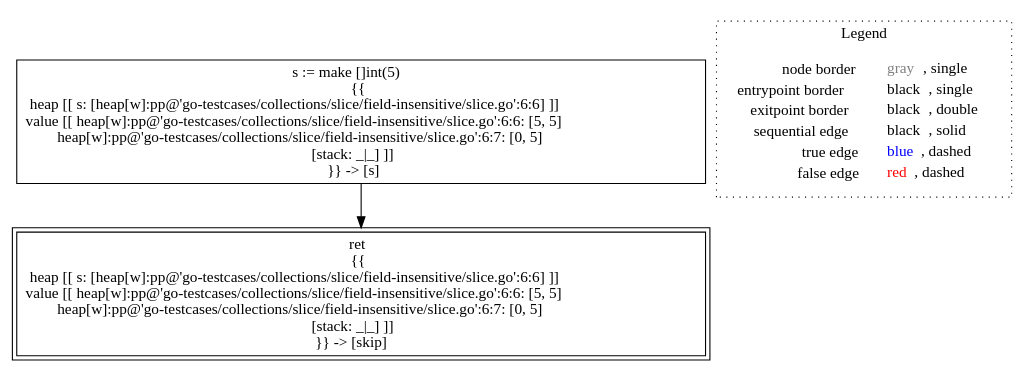
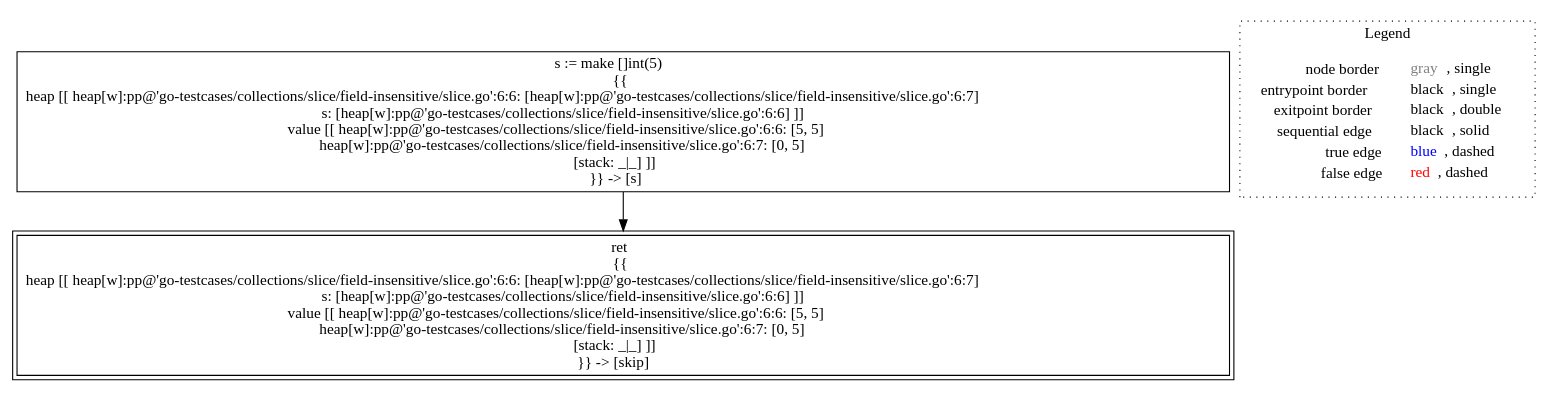
The diagram in go-lisa/go-testcases/collections/slice/field-insensitive/analysis___untyped_main.main().dot (lisa-analyzer/go-lisa), drawn with Graphviz before and after one commit. The commit also changed 35 other files, not shown here.

Commit message:
Fix bug in GoPointBasedHeap (types of the fresh allocation sites). Fix and refactor tests on heaps and collections

```diff
--- a/go-lisa/go-testcases/collections/slice/field-insensitive/analysis___untyped_main.main().dot
+++ b/go-lisa/go-testcases/collections/slice/field-insensitive/analysis___untyped_main.main().dot
@@ -1,12 +1,12 @@
 digraph {
-	"node0" [shape="rect",color="black",label=<s := make []int(5)<BR/>{{<BR/>heap [[ s: [heap[w]:pp@'go-testcases/collections/slice/field-insensitive/slice.go':6:6] ]]<BR/>value [[ heap[w]:pp@'go-testcases/collections/slice/field-insensitive/slice.go':6:6: [5, 5]<BR/>heap[w]:pp@'go-testcases/collections/slice/field-insensitive/slice.go':6:7: [0, 5]<BR/>[stack: _|_] ]]<BR/>}} -&gt; [s]>];
-	"node1" [shape="rect",color="black",peripheries="2",label=<ret<BR/>{{<BR/>heap [[ s: [heap[w]:pp@'go-testcases/collections/slice/field-insensitive/slice.go':6:6] ]]<BR/>value [[ heap[w]:pp@'go-testcases/collections/slice/field-insensitive/slice.go':6:6: [5, 5]<BR/>heap[w]:pp@'go-testcases/collections/slice/field-insensitive/slice.go':6:7: [0, 5]<BR/>[stack: _|_] ]]<BR/>}} -&gt; [skip]>];
+	"node0" [shape="rect",color="black",label=<s := make []int(5)<BR/>{{<BR/>heap [[ heap[w]:pp@'go-testcases/collections/slice/field-insensitive/slice.go':6:6: [heap[w]:pp@'go-testcases/collections/slice/field-insensitive/slice.go':6:7]<BR/>s: [heap[w]:pp@'go-testcases/collections/slice/field-insensitive/slice.go':6:6] ]]<BR/>value [[ heap[w]:pp@'go-testcases/collections/slice/field-insensitive/slice.go':6:6: [5, 5]<BR/>heap[w]:pp@'go-testcases/collections/slice/field-insensitive/slice.go':6:7: [0, 5]<BR/>[stack: _|_] ]]<BR/>}} -&gt; [s]>];
+	"node1" [shape="rect",color="black",peripheries="2",label=<ret<BR/>{{<BR/>heap [[ heap[w]:pp@'go-testcases/collections/slice/field-insensitive/slice.go':6:6: [heap[w]:pp@'go-testcases/collections/slice/field-insensitive/slice.go':6:7]<BR/>s: [heap[w]:pp@'go-testcases/collections/slice/field-insensitive/slice.go':6:6] ]]<BR/>value [[ heap[w]:pp@'go-testcases/collections/slice/field-insensitive/slice.go':6:6: [5, 5]<BR/>heap[w]:pp@'go-testcases/collections/slice/field-insensitive/slice.go':6:7: [0, 5]<BR/>[stack: _|_] ]]<BR/>}} -&gt; [skip]>];
 	"node0" -> "node1" [color="black"];
 subgraph cluster_legend {
 	label="Legend";
 	style=dotted;
 	node [shape=plaintext];
 	"legend" [label=<<table border="0" cellpadding="2" cellspacing="0" cellborder="0"><tr><td align="right">node border&nbsp;</td><td align="left"><font color="gray">gray</font>, single</td></tr><tr><td align="right">entrypoint border&nbsp;</td><td align="left"><font color="black">black</font>, single</td></tr><tr><td align="right">exitpoint border&nbsp;</td><td align="left"><font color="black">black</font>, double</td></tr><tr><td align="right">sequential edge&nbsp;</td><td align="left"><font color="black">black</font>, solid</td></tr><tr><td align="right">true edge&nbsp;</td><td align="left"><font color="blue">blue</font>, dashed</td></tr><tr><td align="right">false edge&nbsp;</td><td align="left"><font color="red">red</font>, dashed</td></tr></table>>];
 }
 
 }
```
